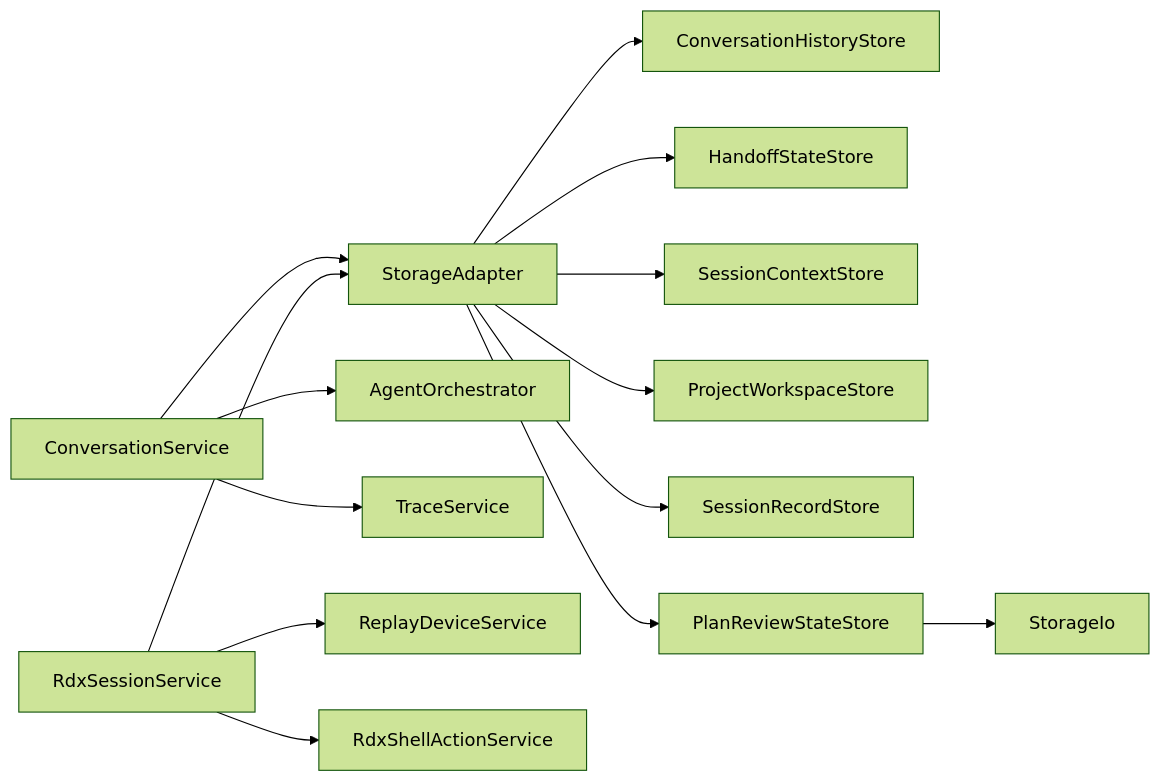
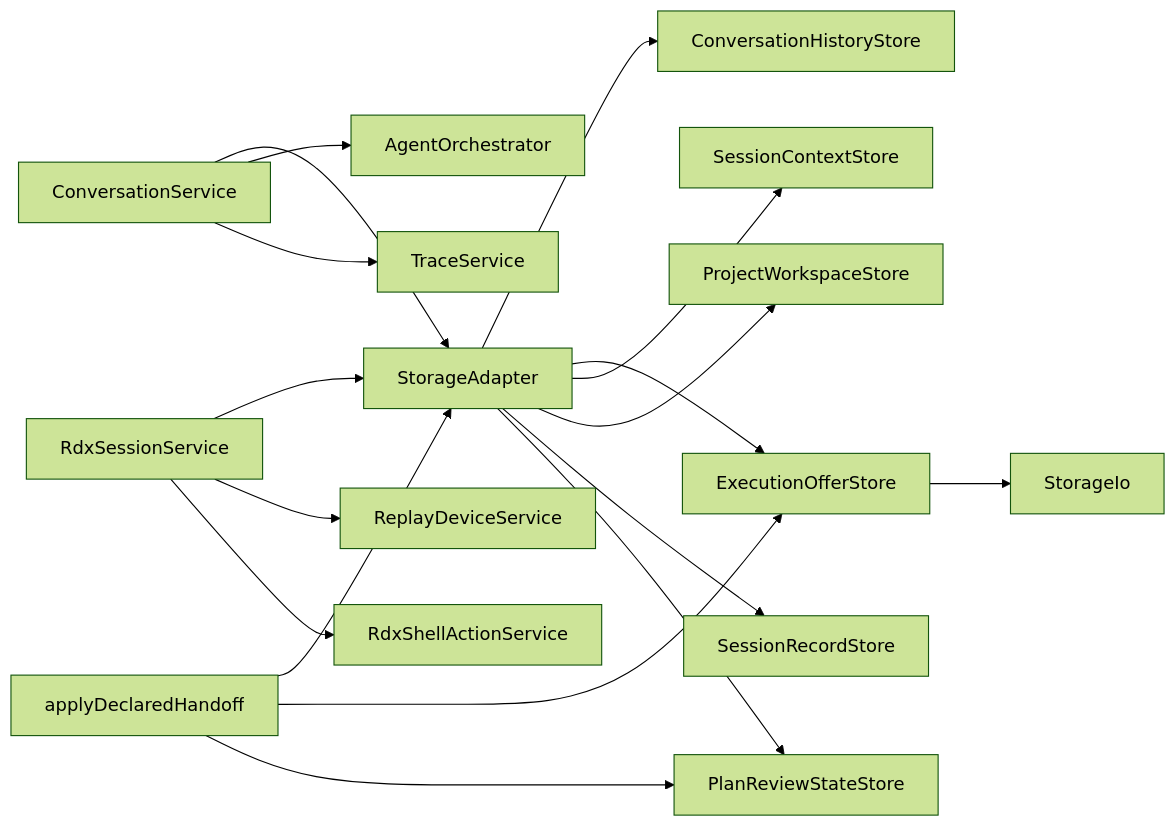
The eighth of 8 diagrams in .qoder/repowiki/zh/content/核心模块/会话管理系统/会话管理系统.md (haolange/RDC-Agent), drawn with Mermaid (forest theme) before and after one commit. The commit also changed other lines of this file and 90 other files, not shown here.

````diff
--- a/.qoder/repowiki/zh/content/核心模块/会话管理系统/会话管理系统.md
+++ b/.qoder/repowiki/zh/content/核心模块/会话管理系统/会话管理系统.md
@@ -327,16 +381,19 @@
 ```mermaid
 graph LR
 CS["ConversationService"] --> SA["StorageAdapter"]
 CS --> AO["AgentOrchestrator"]
 CS --> TS["TraceService"]
 RS["RdxSessionService"] --> SA
 RS --> RDS["ReplayDeviceService"]
 RS --> RSA["RdxShellActionService"]
 SA --> CHS["ConversationHistoryStore"]
-SA --> HS["HandoffStateStore"]
+SA --> EOS["ExecutionOfferStore"]
 SA --> SCJ["SessionContextStore"]
 SA --> PWS["ProjectWorkspaceStore"]
 SA --> SRS["SessionRecordStore"]
 SA --> PRS["PlanReviewStateStore"]
-PRS --> SIO["StorageIo"]
+ADH["applyDeclaredHandoff"] --> SA
+ADH --> EOS
+ADH --> PRS
+EOS --> SIO["StorageIo"]
 ```
````
